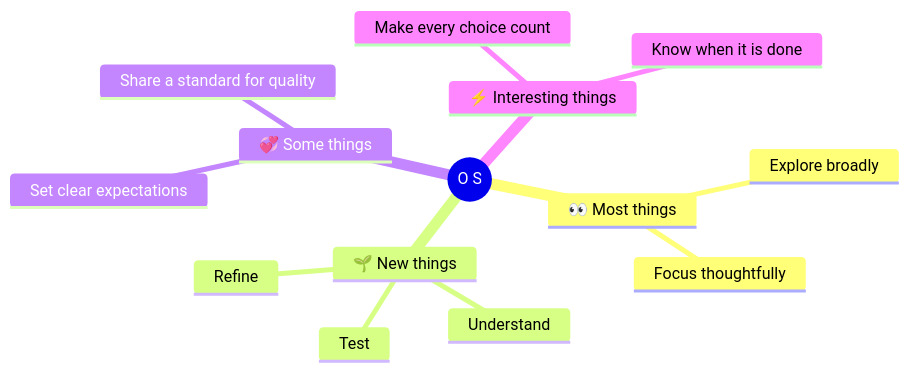
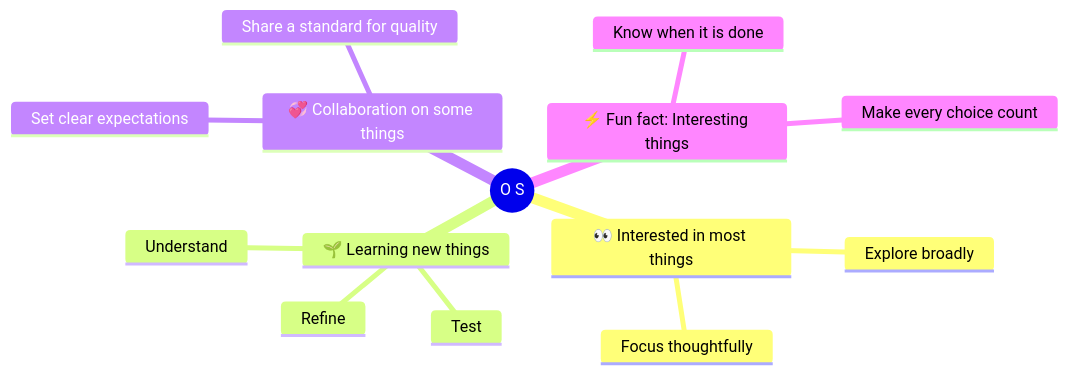
Before and after one commit to os-ogoat/os-ogoat: the diagram in README.md, drawn with Mermaid. The commit also changed other lines of this file, not shown here.

Commit message:
Restore context in profile labels

````diff
--- a/README.md
+++ b/README.md
@@ -11,17 +11,17 @@
 ```mermaid
 mindmap
   root((O S))
-    👀 Most things
+    👀 Interested in most things
       Explore broadly
       Focus thoughtfully
-    🌱 New things
+    🌱 Learning new things
       Understand
       Test
       Refine
-    💞️ Some things
+    💞️ Collaboration on some things
       Set clear expectations
       Share a standard for quality
-    ⚡ Interesting things
+    ⚡ Fun fact: Interesting things
       Make every choice count
       Know when it is done
 ```
````
